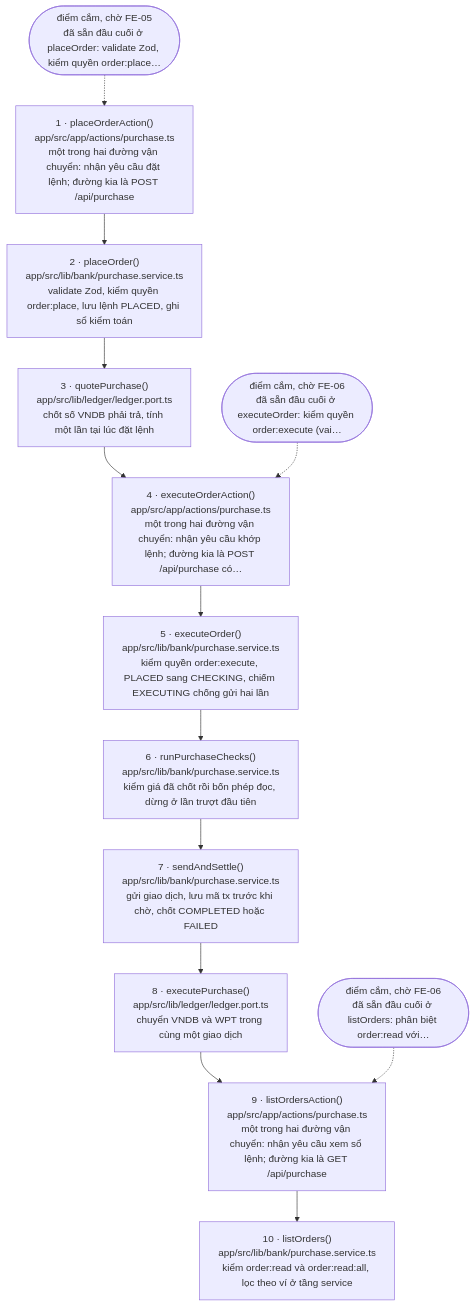
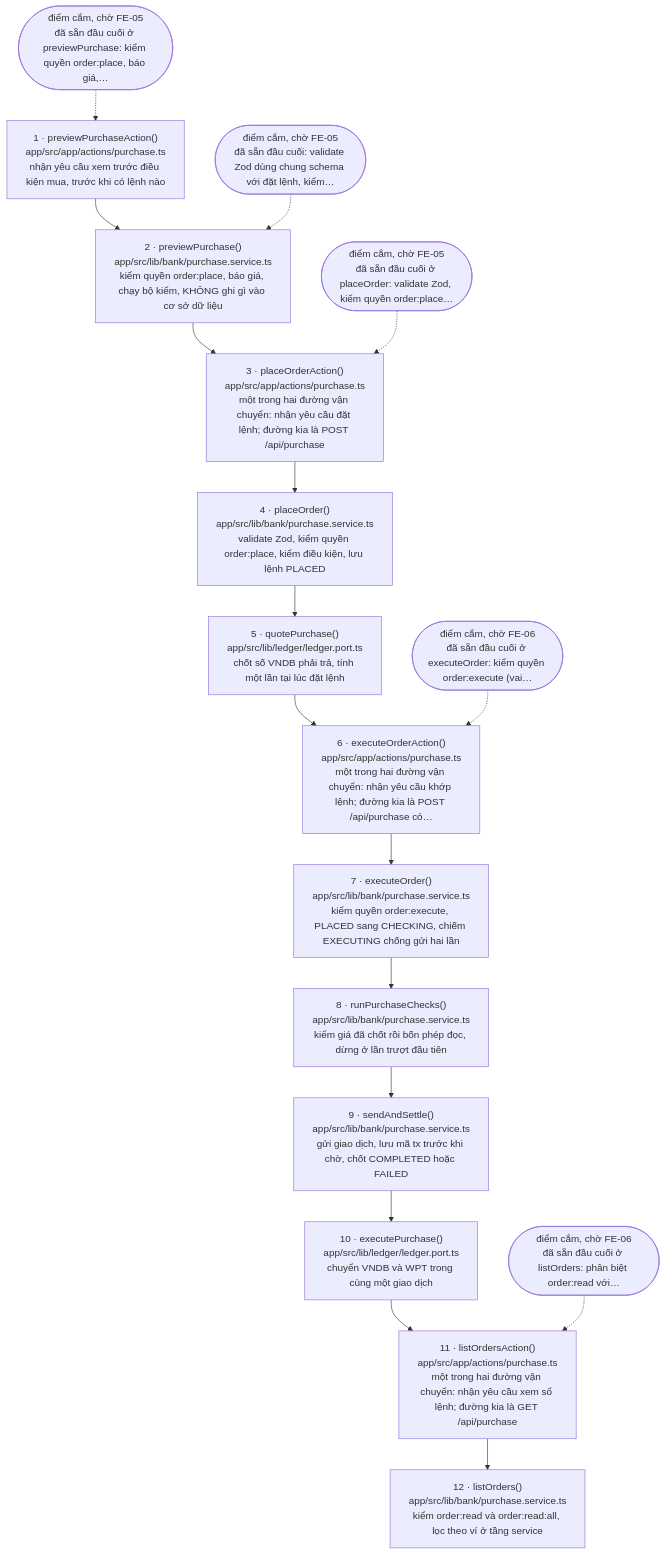
The diagram in docs/flows/purchase.md (tuannino/bidv-rwa-tokenize), drawn with Mermaid before and after one commit. The commit also changed other lines of this file and 4 other files, not shown here.

First line of the commit message:
feat(purchase): previewPurchaseAction và chèn hai bước xem trước vào đầu luồng

````diff
--- a/docs/flows/purchase.md
+++ b/docs/flows/purchase.md
@@ -21,28 +21,36 @@
 ```mermaid
 flowchart TD
-  s1["1 · placeOrderAction()<br/>app/src/app/actions/purchase.ts<br/>một trong hai đường vận chuyển: nhận yêu cầu đặt lệnh; đường kia là POST /api/purchase"]
-  s2["2 · placeOrder()<br/>app/src/lib/bank/purchase.service.ts<br/>validate Zod, kiểm quyền order:place, lưu lệnh PLACED, ghi sổ kiểm toán"]
-  s3["3 · quotePurchase()<br/>app/src/lib/ledger/ledger.port.ts<br/>chốt số VNDB phải trả, tính một lần tại lúc đặt lệnh"]
-  s4["4 · executeOrderAction()<br/>app/src/app/actions/purchase.ts<br/>một trong hai đường vận chuyển: nhận yêu cầu khớp lệnh; đường kia là POST /api/purchase có…"]
-  s5["5 · executeOrder()<br/>app/src/lib/bank/purchase.service.ts<br/>kiểm quyền order:execute, PLACED sang CHECKING, chiếm EXECUTING chống gửi hai lần"]
-  s6["6 · runPurchaseChecks()<br/>app/src/lib/bank/purchase.service.ts<br/>kiểm giá đã chốt rồi bốn phép đọc, dừng ở lần trượt đầu tiên"]
-  s7["7 · sendAndSettle()<br/>app/src/lib/bank/purchase.service.ts<br/>gửi giao dịch, lưu mã tx trước khi chờ, chốt COMPLETED hoặc FAILED"]
-  s8["8 · executePurchase()<br/>app/src/lib/ledger/ledger.port.ts<br/>chuyển VNDB và WPT trong cùng một giao dịch"]
-  s9["9 · listOrdersAction()<br/>app/src/app/actions/purchase.ts<br/>một trong hai đường vận chuyển: nhận yêu cầu xem sổ lệnh; đường kia là GET /api/purchase"]
-  s10["10 · listOrders()<br/>app/src/lib/bank/purchase.service.ts<br/>kiểm order:read và order:read:all, lọc theo ví ở tầng service"]
-  w1(["điểm cắm, chờ FE-05<br/>đã sẵn đầu cuối ở placeOrder: validate Zod, kiểm quyền order:place…"])
-  w2(["điểm cắm, chờ FE-06<br/>đã sẵn đầu cuối ở executeOrder: kiểm quyền order:execute (vai…"])
-  w3(["điểm cắm, chờ FE-06<br/>đã sẵn đầu cuối ở listOrders: phân biệt order:read với…"])
+  s1["1 · previewPurchaseAction()<br/>app/src/app/actions/purchase.ts<br/>nhận yêu cầu xem trước điều kiện mua, trước khi có lệnh nào"]
+  s2["2 · previewPurchase()<br/>app/src/lib/bank/purchase.service.ts<br/>kiểm quyền order:place, báo giá, chạy bộ kiểm, KHÔNG ghi gì vào cơ sở dữ liệu"]
+  s3["3 · placeOrderAction()<br/>app/src/app/actions/purchase.ts<br/>một trong hai đường vận chuyển: nhận yêu cầu đặt lệnh; đường kia là POST /api/purchase"]
+  s4["4 · placeOrder()<br/>app/src/lib/bank/purchase.service.ts<br/>validate Zod, kiểm quyền order:place, kiểm điều kiện, lưu lệnh PLACED"]
+  s5["5 · quotePurchase()<br/>app/src/lib/ledger/ledger.port.ts<br/>chốt số VNDB phải trả, tính một lần tại lúc đặt lệnh"]
+  s6["6 · executeOrderAction()<br/>app/src/app/actions/purchase.ts<br/>một trong hai đường vận chuyển: nhận yêu cầu khớp lệnh; đường kia là POST /api/purchase có…"]
+  s7["7 · executeOrder()<br/>app/src/lib/bank/purchase.service.ts<br/>kiểm quyền order:execute, PLACED sang CHECKING, chiếm EXECUTING chống gửi hai lần"]
+  s8["8 · runPurchaseChecks()<br/>app/src/lib/bank/purchase.service.ts<br/>kiểm giá đã chốt rồi bốn phép đọc, dừng ở lần trượt đầu tiên"]
+  s9["9 · sendAndSettle()<br/>app/src/lib/bank/purchase.service.ts<br/>gửi giao dịch, lưu mã tx trước khi chờ, chốt COMPLETED hoặc FAILED"]
+  s10["10 · executePurchase()<br/>app/src/lib/ledger/ledger.port.ts<br/>chuyển VNDB và WPT trong cùng một giao dịch"]
+  s11["11 · listOrdersAction()<br/>app/src/app/actions/purchase.ts<br/>một trong hai đường vận chuyển: nhận yêu cầu xem sổ lệnh; đường kia là GET /api/purchase"]
+  s12["12 · listOrders()<br/>app/src/lib/bank/purchase.service.ts<br/>kiểm order:read và order:read:all, lọc theo ví ở tầng service"]
+  w1(["điểm cắm, chờ FE-05<br/>đã sẵn đầu cuối ở previewPurchase: kiểm quyền order:place, báo giá,…"])
+  w2(["điểm cắm, chờ FE-05<br/>đã sẵn đầu cuối: validate Zod dùng chung schema với đặt lệnh, kiểm…"])
+  w3(["điểm cắm, chờ FE-05<br/>đã sẵn đầu cuối ở placeOrder: validate Zod, kiểm quyền order:place…"])
+  w4(["điểm cắm, chờ FE-06<br/>đã sẵn đầu cuối ở executeOrder: kiểm quyền order:execute (vai…"])
+  w5(["điểm cắm, chờ FE-06<br/>đã sẵn đầu cuối ở listOrders: phân biệt order:read với…"])
   s1 --> s2
   s2 --> s3
   s3 --> s4
   s4 --> s5
   s5 --> s6
   s6 --> s7
   s7 --> s8
   s8 --> s9
   s9 --> s10
+  s10 --> s11
+  s11 --> s12
   w1 -.-> s1
-  w2 -.-> s4
-  w3 -.-> s9
+  w2 -.-> s2
+  w3 -.-> s3
+  w4 -.-> s6
+  w5 -.-> s11
 ```
````
